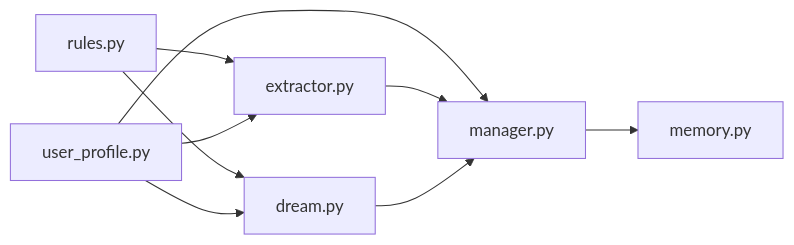
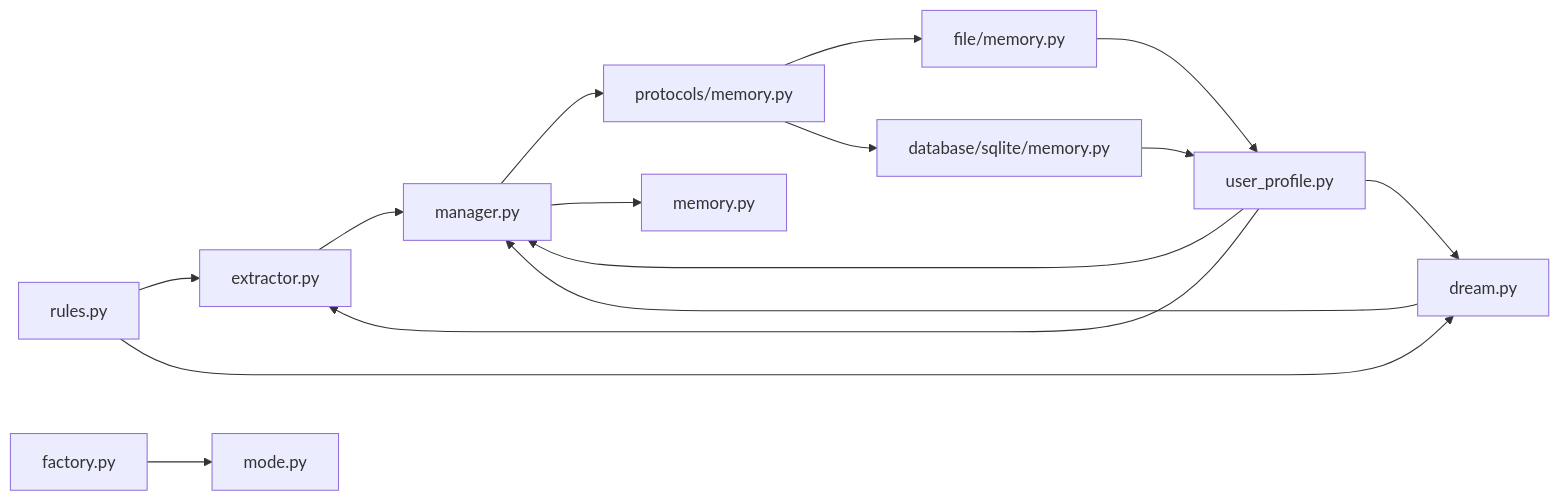
One commit to YU-JI-KUI/ark-agentic changed the eighth of 8 diagrams in repowiki/zh/content/核心框架/记忆系统/记忆系统.md. Above: the diagram before and after it, drawn with Mermaid. The commit also changed other lines of this file and 116 other files, not shown here.

````diff
--- a/repowiki/zh/content/核心框架/记忆系统/记忆系统.md
+++ b/repowiki/zh/content/核心框架/记忆系统/记忆系统.md
@@ -287,11 +460,17 @@
 ```mermaid
 graph LR
 RULES["rules.py"] --> EXTR["extractor.py"]
 RULES --> DREAM["dream.py"]
 UPROF["user_profile.py"] --> MGR["manager.py"]
 UPROF --> EXTR
 UPROF --> DREAM
+MGR --> PROTO["protocols/memory.py"]
+PROTO --> FILE_REPO["file/memory.py"]
+PROTO --> SQLITE_REPO["database/sqlite/memory.py"]
+FACTORY["factory.py"] --> MODE["mode.py"]
+FILE_REPO --> UPROF
+SQLITE_REPO --> UPROF
 MGR --> TOOL_MEM["memory.py"]
 EXTR --> MGR
 DREAM --> MGR
 ```
````
